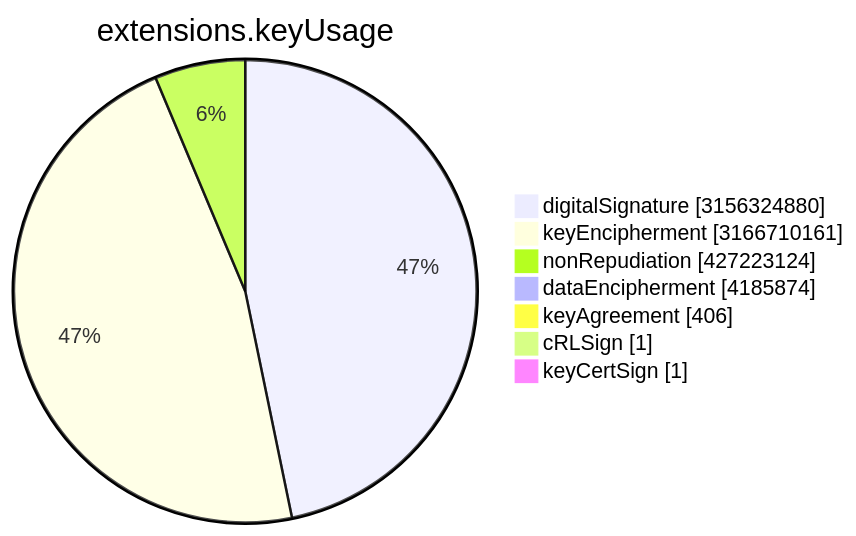
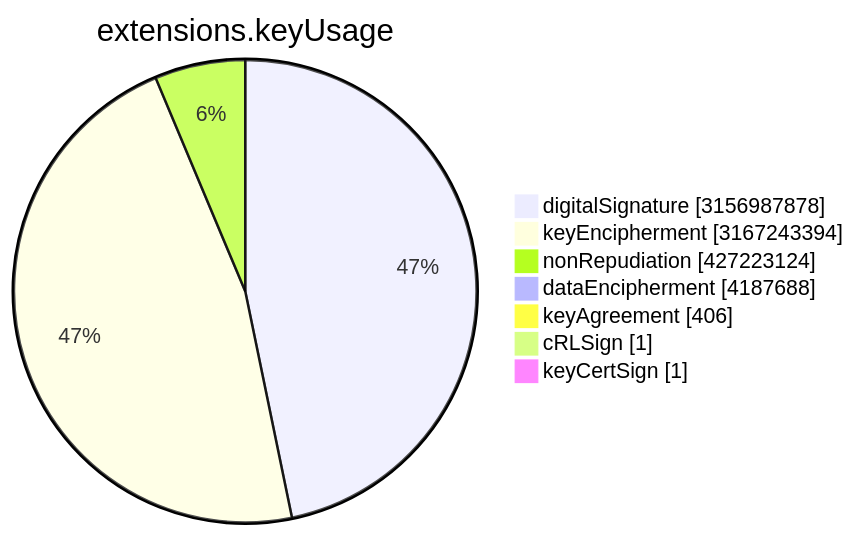
Before and after one commit to christiankrug/ctmonitor_visualization: the sixth of 15 diagrams in TOTAL/README.md, drawn with Mermaid. The commit also changed other lines of this file, not shown here.

````diff
--- a/TOTAL/README.md
+++ b/TOTAL/README.md
@@ -3077,11 +3077,11 @@
 ```mermaid
 pie showData
 title extensions.keyUsage
-"digitalSignature" :3156324880
-"keyEncipherment" :3166710161
+"digitalSignature" :3156987878
+"keyEncipherment" :3167243394
 "nonRepudiation" :427223124
-"dataEncipherment" :4185874
+"dataEncipherment" :4187688
 "keyAgreement" :406
 "cRLSign" :1
 "keyCertSign" :1
 ```
````
